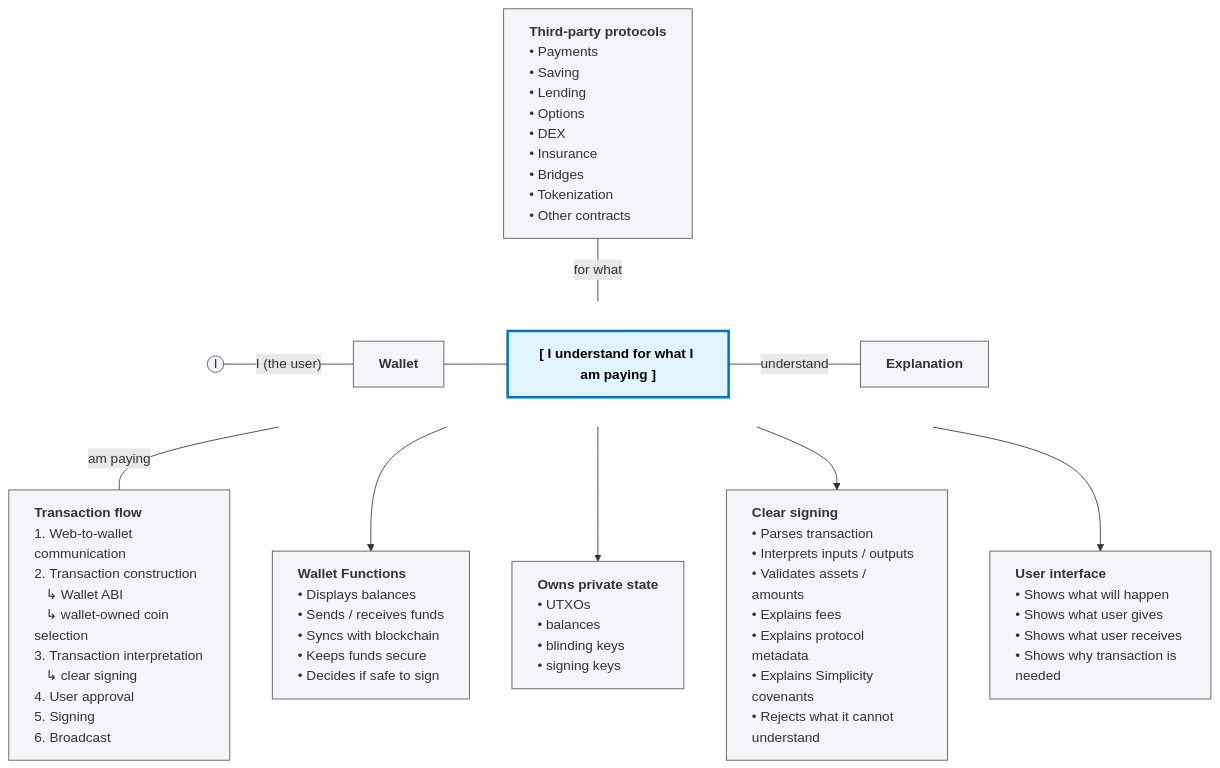
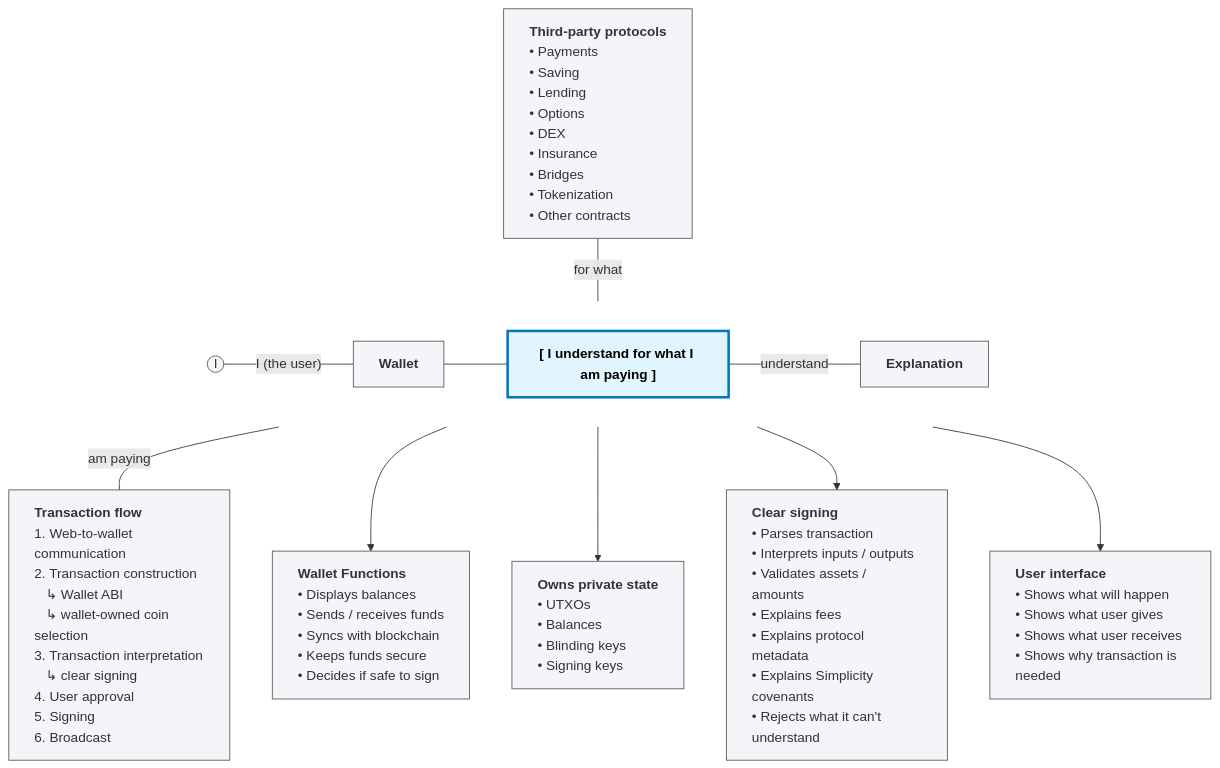
One commit to BlockstreamResearch/simplicity-lang-org changed the diagram in docs/documentation/road-to-ecosystem.md. Above: the diagram before and after it, drawn with Mermaid. The commit also changed other lines of this file, not shown here.

````diff
--- a/docs/documentation/road-to-ecosystem.md
+++ b/docs/documentation/road-to-ecosystem.md
@@ -23,41 +23,41 @@
 ```mermaid
 flowchart TD
     classDef leftAlign text-align:left;
 
     %% Main vertical flow nodes
     Protocols["<b>Third-party protocols</b><br/>• Payments<br/>• Saving<br/>• Lending<br/>• Options<br/>• DEX<br/>• Insurance<br/>• Bridges<br/>• Tokenization<br/>• Other contracts"]:::leftAlign
     TxFlow["<b>Transaction flow</b><br/>1. Web-to-wallet communication<br/>2. Transaction construction<br/>&nbsp;&nbsp;&nbsp;↳ Wallet ABI<br/>&nbsp;&nbsp;&nbsp;↳ wallet-owned coin selection<br/>3. Transaction interpretation<br/>&nbsp;&nbsp;&nbsp;↳ clear signing<br/>4. User approval<br/>5. Signing<br/>6. Broadcast"]:::leftAlign
 
     %% Subgraph forcing Left-to-Right rendering for the sentence
     subgraph Horizontal_Sentence [" "]
         direction LR
         I((I)) -- "I (the user)" --- Wallet["<b>Wallet</b>"]
         Wallet --- Core["<b>[ I understand for what I am paying ]</b>"]
         Core -- "understand" --- Explanation["<b>Explanation</b>"]
     end
 
     %% Vertical cross-axis connections
     Protocols -- "for what" --- Core
     Core -- "am paying" --- TxFlow
 
     %% Attach the collapsed sub-trees below the horizontal nodes
     W_Features["<b>Wallet Functions</b><br/>• Displays balances<br/>• Sends / receives funds<br/>• Syncs with blockchain<br/>• Keeps funds secure<br/>• Decides if safe to sign"]:::leftAlign
-    W_Priv["<b>Owns private state</b><br/>• UTXOs<br/>• balances<br/>• blinding keys<br/>• signing keys"]:::leftAlign
+    W_Priv["<b>Owns private state</b><br/>• UTXOs<br/>• Balances<br/>• Blinding keys<br/>• Signing keys"]:::leftAlign
 
     Wallet --> W_Features
     Wallet --> W_Priv
 
-    E_Clear["<b>Clear signing</b><br/>• Parses transaction<br/>• Interprets inputs / outputs<br/>• Validates assets / amounts<br/>• Explains fees<br/>• Explains protocol metadata<br/>• Explains Simplicity covenants<br/>• Rejects what it cannot understand"]:::leftAlign
+    E_Clear["<b>Clear signing</b><br/>• Parses transaction<br/>• Interprets inputs / outputs<br/>• Validates assets / amounts<br/>• Explains fees<br/>• Explains protocol metadata<br/>• Explains Simplicity covenants<br/>• Rejects what it can't understand"]:::leftAlign
     E_UI["<b>User interface</b><br/>• Shows what will happen<br/>• Shows what user gives<br/>• Shows what user receives<br/>• Shows why transaction is needed"]:::leftAlign
 
     Explanation --> E_Clear
     Explanation --> E_UI
 
     %% Styling
     classDef highlight fill:#e1f5fe,stroke:#0277bd,stroke-width:3px,color:#000;
     class Core highlight;
     classDef default fill:#f4f4f9,stroke:#555,stroke-width:1px;
 
     %% Hide the subgraph border so it appears completely seamless
     style Horizontal_Sentence fill:none,stroke:none,color:none;
 ```
````
